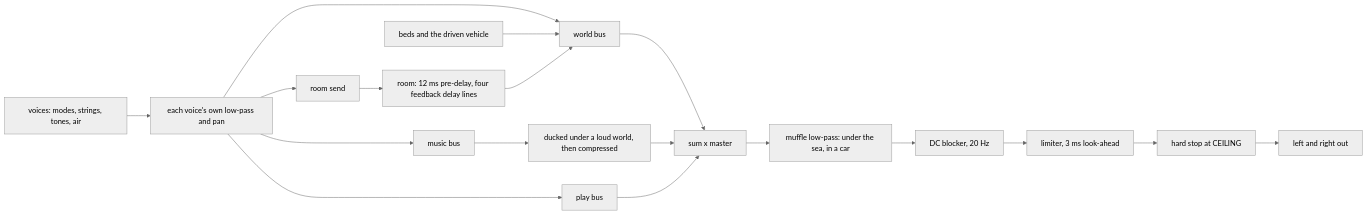
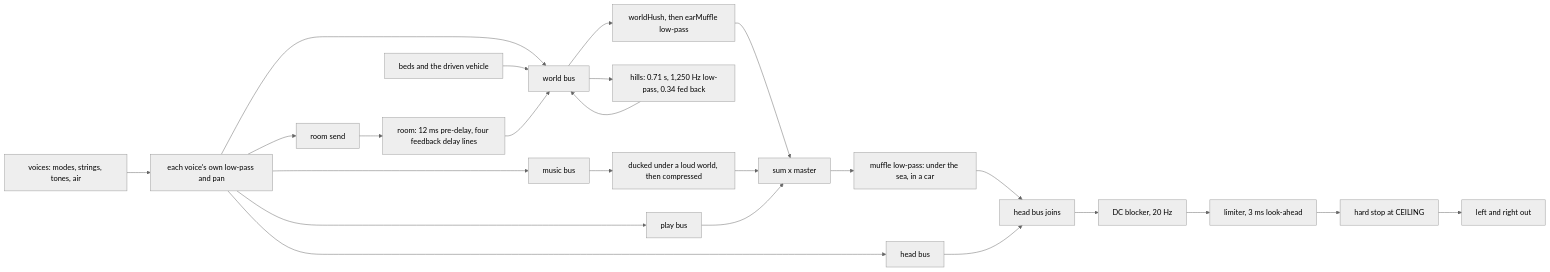
Before and after one commit to voxelwright/voxelwright: the second of 3 diagrams in guide/sound.md, drawn with Mermaid (neutral theme). The commit also changed other lines of this file, not shown here.

Commit message:
[#226] Sound guide: the head bus, world hush, ear muffle, the hills, and the Cleave and Time cues

````diff
--- a/guide/sound.md
+++ b/guide/sound.md
@@ -142,18 +146,22 @@
 ```mermaid
 flowchart LR
   V[voices: modes, strings, tones, air] --> LP[each voice's own low-pass and pan]
   LP --> WB[world bus]
   LP --> MB[music bus]
   LP --> PB[play bus]
   LP --> RS[room send]
+  LP --> HB[head bus]
   B[beds and the driven vehicle] --> WB
   RS --> RM[room: 12 ms pre-delay, four feedback delay lines] --> WB
-  WB --> SUM[sum x master]
+  WB --> HL[hills: 0.71 s, 1,250 Hz low-pass, 0.34 fed back] --> WB
+  WB --> WH[worldHush, then earMuffle low-pass] --> SUM[sum x master]
   MB --> DK[ducked under a loud world, then compressed] --> SUM
   PB --> SUM
   SUM --> MU[muffle low-pass: under the sea, in a car]
-  MU --> DC[DC blocker, 20 Hz]
+  MU --> HS[head bus joins]
+  HB --> HS
+  HS --> DC[DC blocker, 20 Hz]
   DC --> LIM[limiter, 3 ms look-ahead]
   LIM --> CL[hard stop at CEILING]
   CL --> OUT[left and right out]
 ```
````
